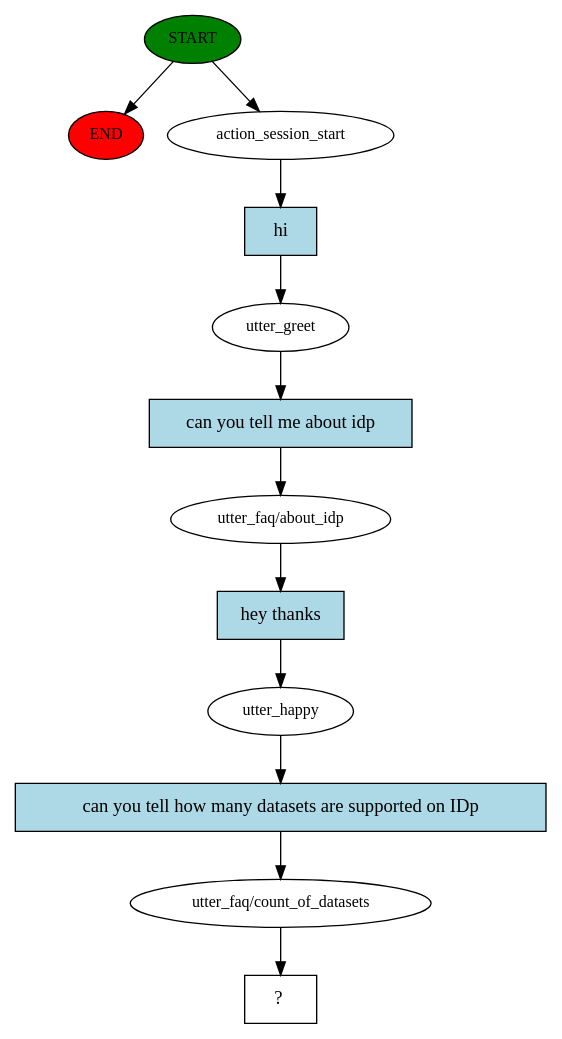
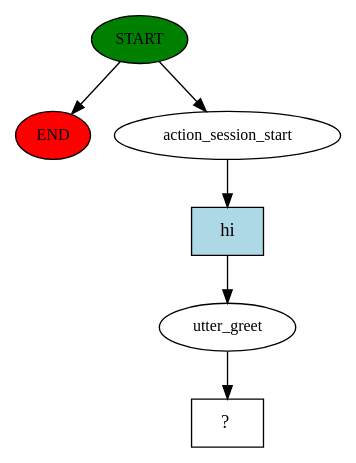
One commit to gursharan-info/idp_chatbot changed the diagram in story_graph.dot. Above: the diagram before and after it, drawn with Graphviz. The commit also changed 5 other files, not shown here.

```diff
--- a/story_graph.dot
+++ b/story_graph.dot
@@ -1,25 +1,13 @@
 digraph  {
 0 [class="start active", fillcolor=green, fontsize=12, label=START, style=filled];
 "-1" [class=end, fillcolor=red, fontsize=12, label=END, style=filled];
 1 [class=active, fontsize=12, label=action_session_start];
 2 [class=active, fontsize=12, label=utter_greet];
-3 [class=active, fontsize=12, label="utter_faq/about_idp"];
-4 [class=active, fontsize=12, label=utter_happy];
-5 [class=active, fontsize=12, label="utter_faq/count_of_datasets"];
-6 [class="intent dashed active", label="  ?  ", shape=rect];
-7 [class="intent active", fillcolor=lightblue, label=hi, shape=rect, style=filled];
-8 [class="intent active", fillcolor=lightblue, label="can you tell me about idp", shape=rect, style=filled];
-9 [class="intent active", fillcolor=lightblue, label="hey thanks", shape=rect, style=filled];
-10 [class="intent active", fillcolor=lightblue, label="can you tell how many datasets are supported on IDp", shape=rect, style=filled];
+3 [class="intent dashed active", label="  ?  ", shape=rect];
+4 [class="intent active", fillcolor=lightblue, label=hi, shape=rect, style=filled];
 0 -> "-1"  [class="", key=NONE, label=""];
 0 -> 1  [class=active, key=NONE, label=""];
-1 -> 7  [class=active, key=0];
-2 -> 8  [class=active, key=0];
-3 -> 9  [class=active, key=0];
-4 -> 10  [class=active, key=0];
-5 -> 6  [class=active, key=NONE, label=""];
-7 -> 2  [class=active, key=0];
-8 -> 3  [class=active, key=0];
-9 -> 4  [class=active, key=0];
-10 -> 5  [class=active, key=0];
+1 -> 4  [class=active, key=0];
+2 -> 3  [class=active, key=NONE, label=""];
+4 -> 2  [class=active, key=0];
 }
```
